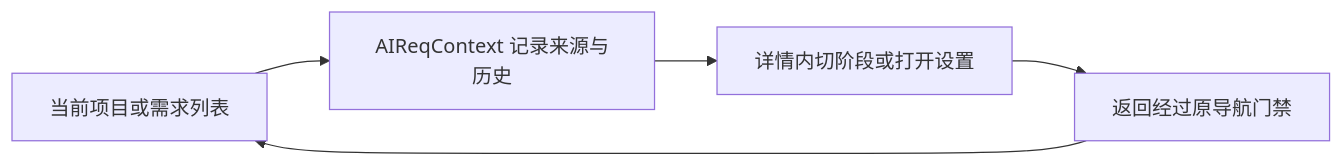
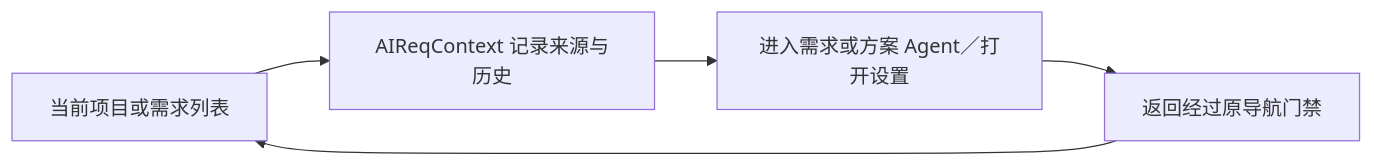
One commit to jchanghong023/ZCode changed the first of 2 diagrams in docs/specs/aireq/section-navigation-and-ideas.md. Above: the diagram before and after it, drawn with Mermaid. The commit also changed other lines of this file and 126 other files, not shown here.

````diff
--- a/docs/specs/aireq/section-navigation-and-ideas.md
+++ b/docs/specs/aireq/section-navigation-and-ideas.md
@@ -25,7 +25,7 @@
 ```mermaid
 flowchart LR
   A[当前项目或需求列表] --> B[AIReqContext 记录来源与历史]
-  B --> C[详情内切阶段或打开设置]
+  B --> C[进入需求或方案 Agent／打开设置]
   C --> D[返回经过原导航门禁]
   D --> A
 ```
````
